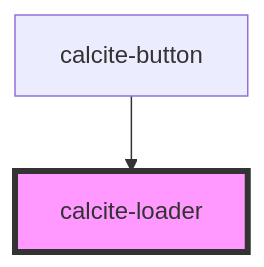
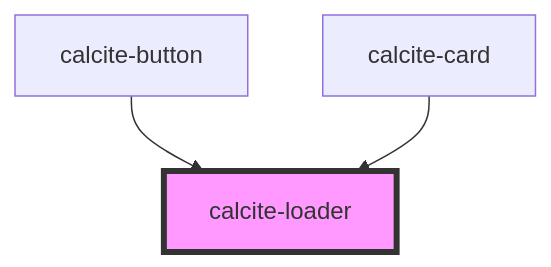
The diagram in src/components/calcite-loader/readme.md (vikivakarvc/calcite-design-system), drawn with Mermaid before and after one commit. The commit also changed other lines of this file and 14 other files, not shown here.

````diff
--- a/src/components/calcite-loader/readme.md
+++ b/src/components/calcite-loader/readme.md
@@ -47,5 +48,6 @@
 ```mermaid
 graph TD;
   calcite-button --> calcite-loader
+  calcite-card --> calcite-loader
   style calcite-loader fill:#f9f,stroke:#333,stroke-width:4px
 ```
````
